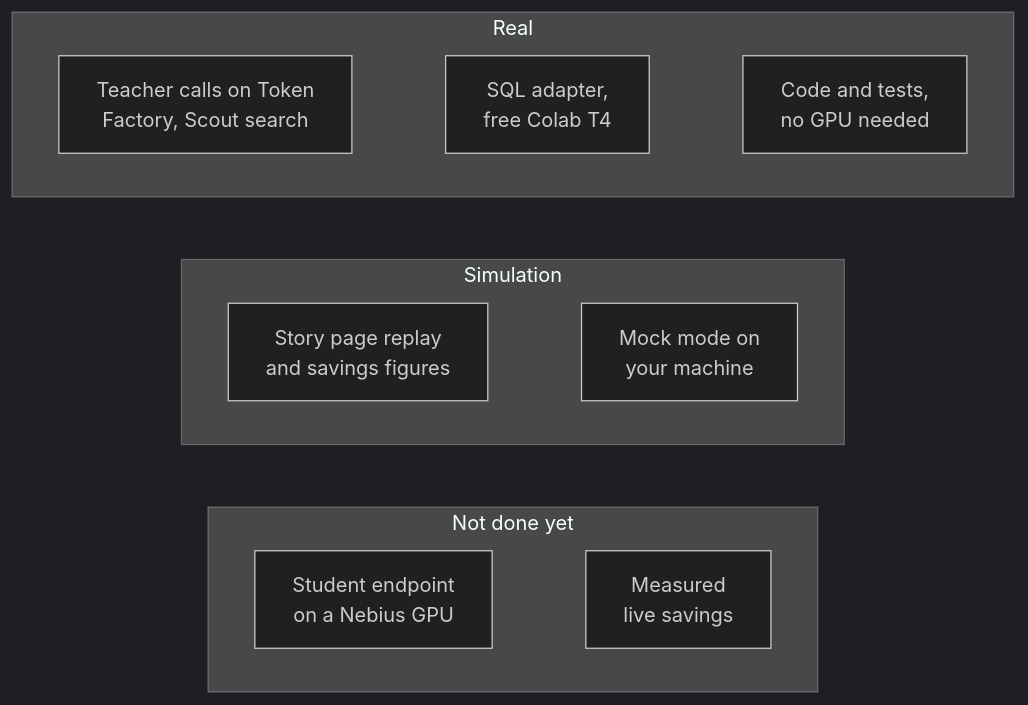
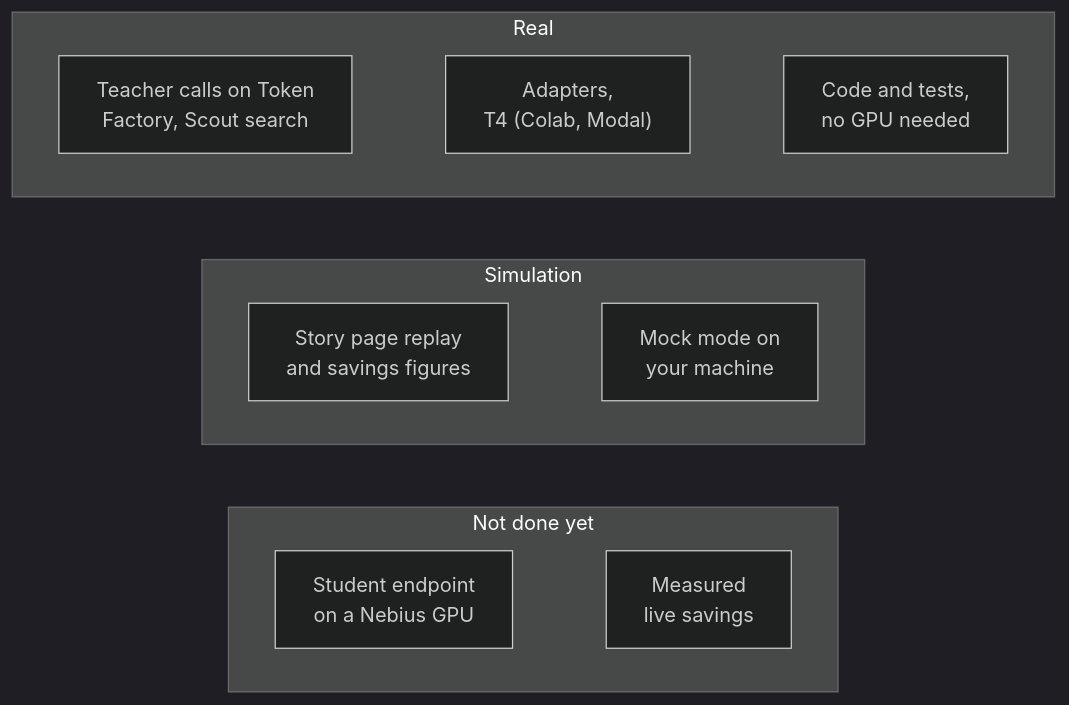
One commit to harshbhx/ratchet changed the second of 2 diagrams in docs-site/src/content/docs/guides/for-judges.mdx. Above: the diagram before and after it, drawn with Mermaid (dark theme). The commit also changed other lines of this file and 155 other files, not shown here.

First line of the commit message:
Fix the review findings and add the architecture diagram (#39)

````diff
--- a/docs-site/src/content/docs/guides/for-judges.mdx
+++ b/docs-site/src/content/docs/guides/for-judges.mdx
@@ -62,22 +62,22 @@
 ```mermaid
 flowchart TB
   subgraph Real["Real"]
     direction LR
-    R1["Teacher calls on Token<br/>Factory, Scout search"] ~~~ R3["SQL adapter,<br/>free Colab T4"] ~~~ R4["Code and tests,<br/>no GPU needed"]
+    R1["Teacher calls on Token<br/>Factory, Scout search"] ~~~ R3["Adapters,<br/>T4 (Colab, Modal)"] ~~~ R4["Code and tests,<br/>no GPU needed"]
   end
   subgraph Sim["Simulation"]
     direction LR
     S1["Story page replay<br/>and savings figures"] ~~~ S2["Mock mode on<br/>your machine"]
   end
   subgraph Not["Not done yet"]
     direction LR
     N1["Student endpoint<br/>on a Nebius GPU"] ~~~ N2["Measured<br/>live savings"]
   end
   Real ~~~ Sim ~~~ Not
   class R1,R3,R4 ok
   class S1,S2 outline
   class N1,N2 pending
   class Real okZone
   class Sim outlineZone
   class Not pendingZone
 ```
````
